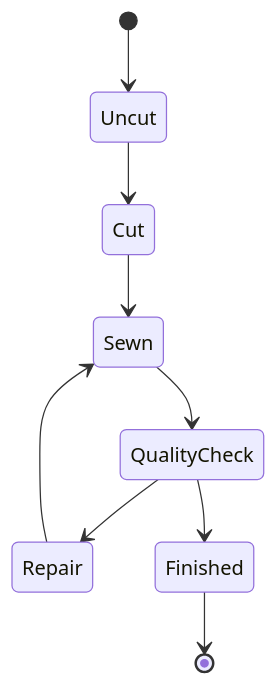
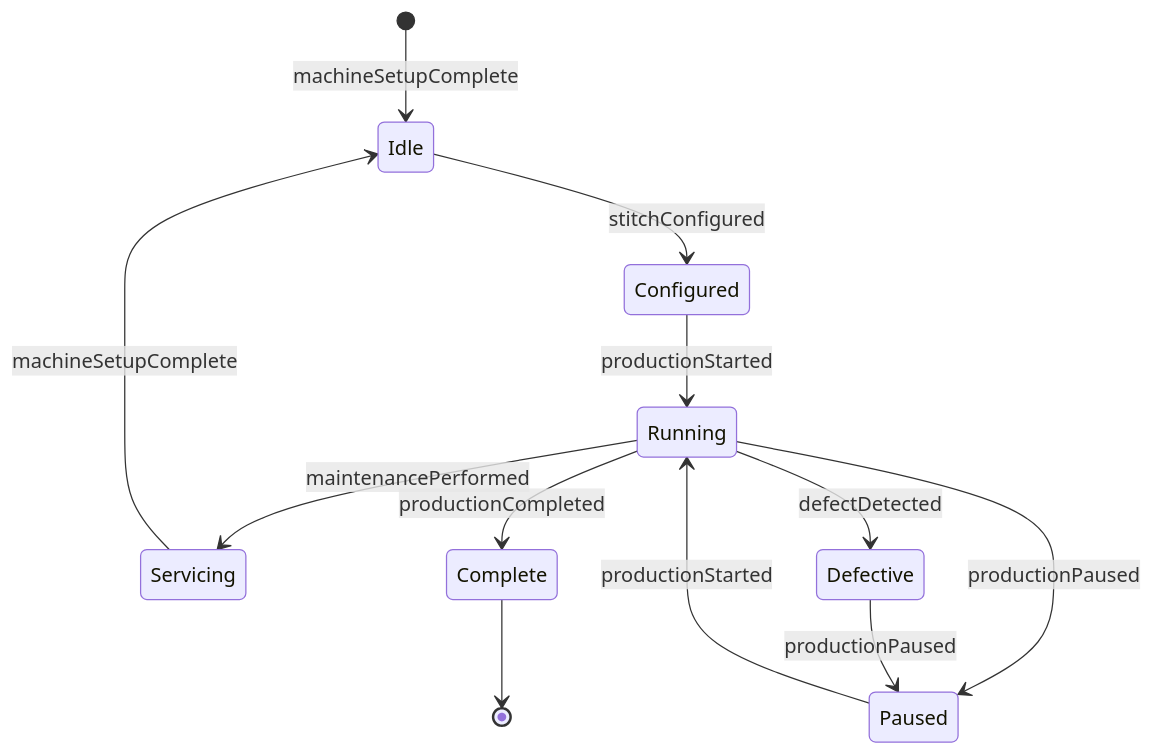
Before and after one commit to dot-org-ai/tasks.org.ai: the second of 4 diagrams in HandlingAndMovingObjects/SewGarmentsOrMaterials/OperateSewingEquipment.mdx, drawn with Mermaid. The commit also changed other lines of this file and 515 other files, not shown here.

````diff
--- a/HandlingAndMovingObjects/SewGarmentsOrMaterials/OperateSewingEquipment.mdx
+++ b/HandlingAndMovingObjects/SewGarmentsOrMaterials/OperateSewingEquipment.mdx
@@ -99,11 +99,14 @@
 ```mermaid
 stateDiagram-v2
-    [*] --> Uncut
-    Uncut --> Cut
-    Cut --> Sewn
-    Sewn --> QualityCheck
-    QualityCheck --> Repair
-    Repair --> Sewn
-    QualityCheck --> Finished
-    Finished --> [*]
+    [*] --> Idle : machineSetupComplete
+    Idle --> Configured : stitchConfigured
+    Configured --> Running : productionStarted
+    Running --> Paused : productionPaused
+    Paused --> Running : productionStarted
+    Running --> Servicing : maintenancePerformed
+    Servicing --> Idle : machineSetupComplete
+    Running --> Complete : productionCompleted
+    Running --> Defective : defectDetected
+    Defective --> Paused : productionPaused
+    Complete --> [*]
 ```
````
